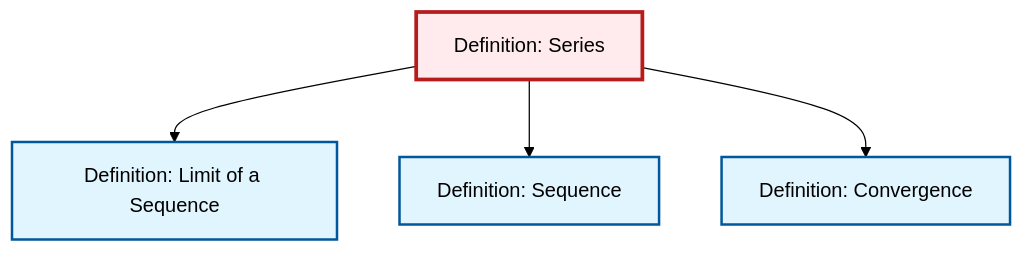
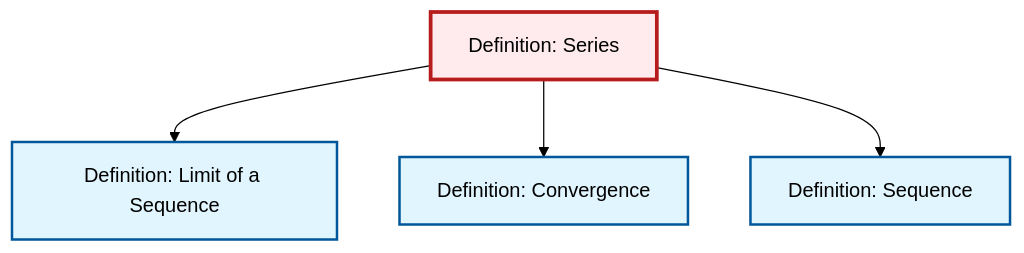
The diagram in content/ja/analysis/def-series.qmd (RK0429/ModernMath), drawn with Mermaid (forest theme) before and after one commit. The commit also changed other lines of this file and 360 other files, not shown here.

````diff
--- a/content/ja/analysis/def-series.qmd
+++ b/content/ja/analysis/def-series.qmd
@@ -90,20 +90,20 @@
 ```{mermaid}
 %%| fig-cap: "Local dependency graph"
 graph TD
     classDef definition fill:#e1f5fe,stroke:#01579b,stroke-width:2px
     classDef theorem fill:#f3e5f5,stroke:#4a148c,stroke-width:2px
     classDef axiom fill:#fff3e0,stroke:#e65100,stroke-width:2px
     classDef example fill:#e8f5e9,stroke:#1b5e20,stroke-width:2px
     classDef current fill:#ffebee,stroke:#b71c1c,stroke-width:3px
+    def-convergence["Definition: Convergence"]:::definition
     def-series["Definition: Series"]:::definition
+    def-sequence["Definition: Sequence"]:::definition
     def-limit["Definition: Limit of a Sequence"]:::definition
-    def-convergence["Definition: Convergence"]:::definition
-    def-sequence["Definition: Sequence"]:::definition
     def-series --> def-limit
+    def-series --> def-convergence
     def-series --> def-sequence
-    def-series --> def-convergence
     class def-series current
-    click def-limit "def-limit.html" "Definition: Limit of a Sequenceへ"
     click def-convergence "def-convergence.html" "Definition: Convergenceへ"
     click def-sequence "def-sequence.html" "Definition: Sequenceへ"
+    click def-limit "def-limit.html" "Definition: Limit of a Sequenceへ"
 ```
````
